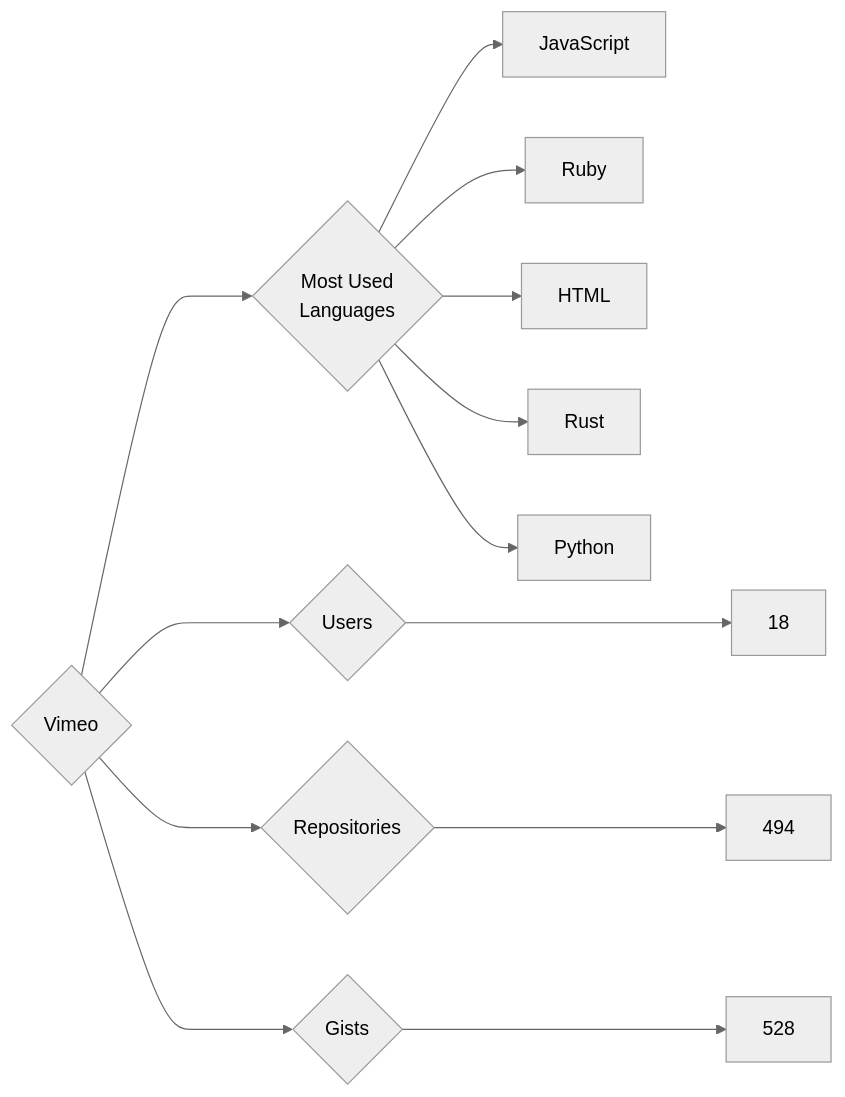
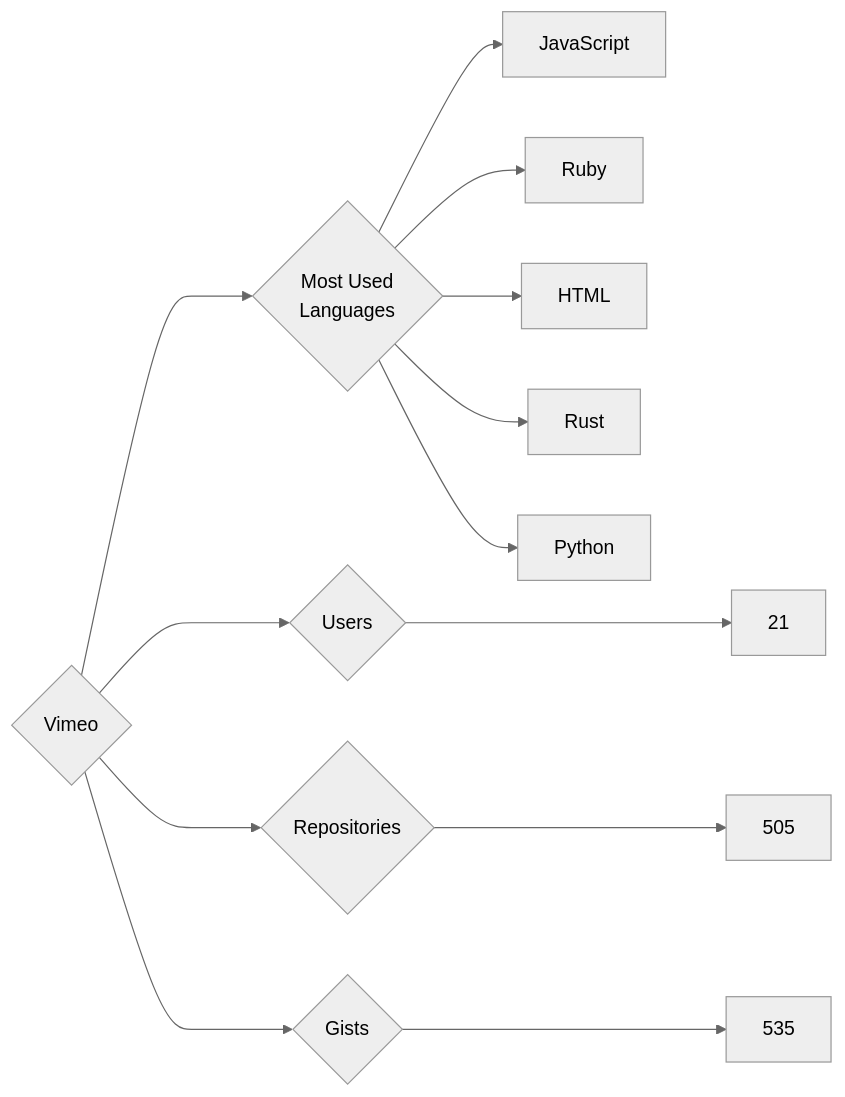
The diagram in targets/Vimeo/README.md (trickest/insiders), drawn with Mermaid (neutral theme) before and after one commit. The commit also changed 1696 other files, not shown here.

````diff
--- a/targets/Vimeo/README.md
+++ b/targets/Vimeo/README.md
@@ -3,13 +3,13 @@
 ```mermaid
 graph LR
 COMPANY_NAME{Vimeo}
-COMPANY_NAME ---> U{Users} ---> UN[18]
-COMPANY_NAME ---> R{Repositories} ---> RN[494]
-COMPANY_NAME ---> G{Gists} ---> GN[528]
+COMPANY_NAME ---> U{Users} ---> UN[21]
+COMPANY_NAME ---> R{Repositories} ---> RN[505]
+COMPANY_NAME ---> G{Gists} ---> GN[535]
 COMPANY_NAME ---> ML{Most Used<br>Languages}
 ML --> JavaScript[JavaScript]
 ML --> Ruby[Ruby]
 ML --> HTML[HTML]
 ML --> Rust[Rust]
 ML --> Python[Python]
 ```
````
